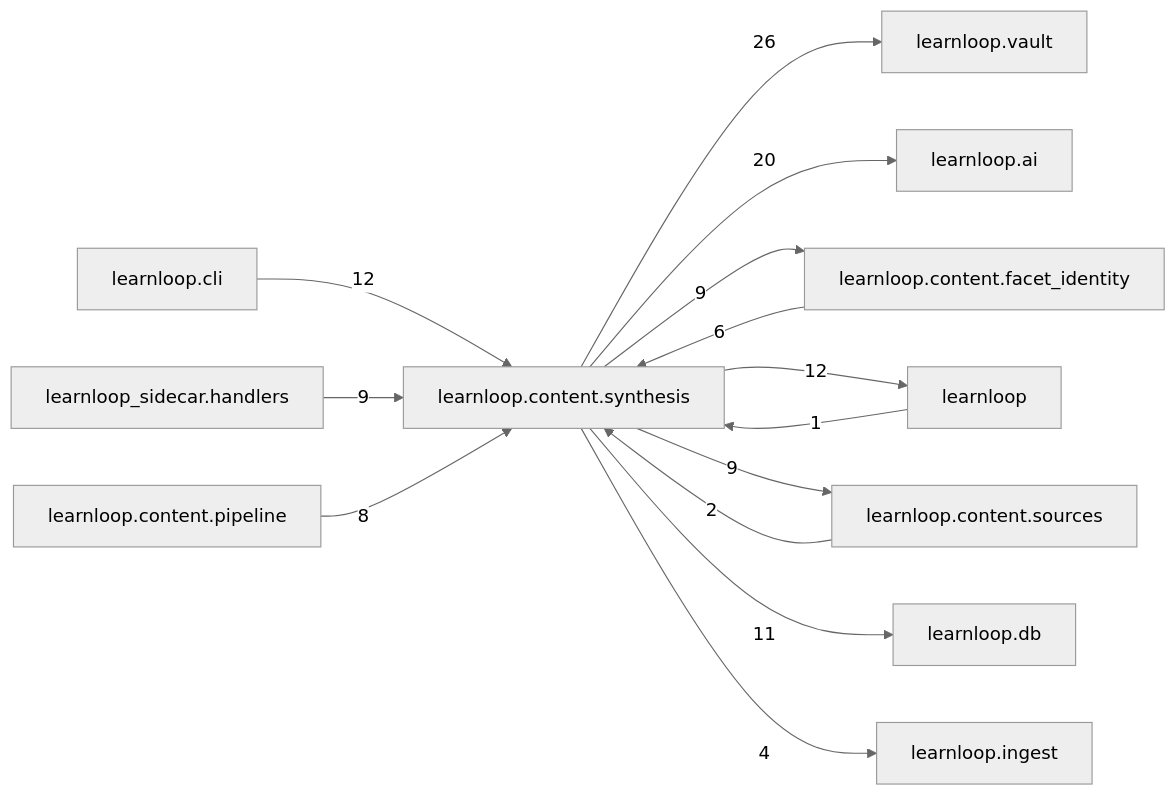
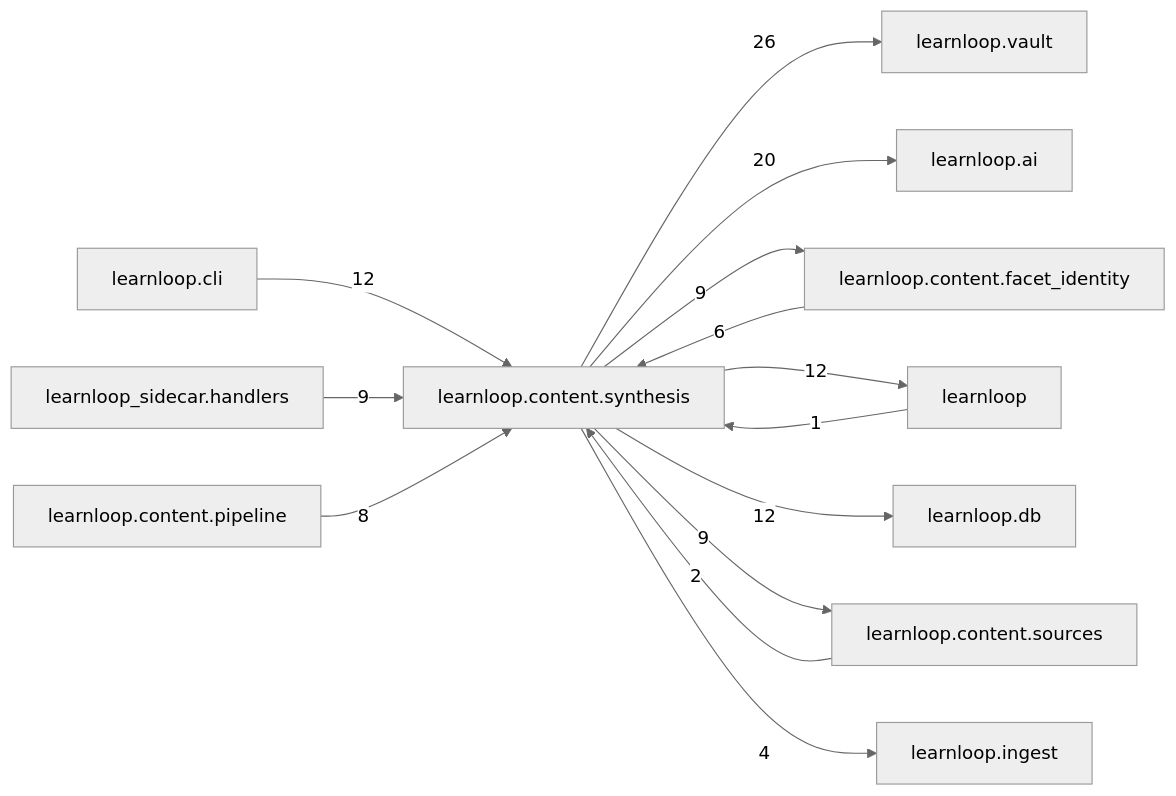
The diagram in docs/learnloop-architecture-vault/Reference/Modules/learnloop/content/synthesis/_package.md (6up-b/learnanything), drawn with Mermaid (neutral theme) before and after one commit. The commit also changed other lines of this file and 33 other files, not shown here.

````diff
--- a/docs/learnloop-architecture-vault/Reference/Modules/learnloop/content/synthesis/_package.md
+++ b/docs/learnloop-architecture-vault/Reference/Modules/learnloop/content/synthesis/_package.md
@@ -122,27 +124,27 @@
 ```mermaid
 flowchart LR
     center["learnloop.content.synthesis"]
     n_learnloop_vault["learnloop.vault"]
     n_learnloop_ai["learnloop.ai"]
     n_learnloop_content_facet_identity["learnloop.content.facet_identity"]
     n_learnloop["learnloop"]
     n_learnloop_cli["learnloop.cli"]
+    n_learnloop_db["learnloop.db"]
     n_learnloop_content_sources["learnloop.content.sources"]
-    n_learnloop_db["learnloop.db"]
     n_learnloop_sidecar_handlers["learnloop_sidecar.handlers"]
     n_learnloop_content_pipeline["learnloop.content.pipeline"]
     n_learnloop_ingest["learnloop.ingest"]
     center -->|26| n_learnloop_vault
     center -->|20| n_learnloop_ai
     n_learnloop_content_facet_identity -->|6| center
     center -->|9| n_learnloop_content_facet_identity
     n_learnloop -->|1| center
     center -->|12| n_learnloop
     n_learnloop_cli -->|12| center
+    center -->|12| n_learnloop_db
     n_learnloop_content_sources -->|2| center
     center -->|9| n_learnloop_content_sources
-    center -->|11| n_learnloop_db
     n_learnloop_sidecar_handlers -->|9| center
     n_learnloop_content_pipeline -->|8| center
     center -->|4| n_learnloop_ingest
 ```
````
